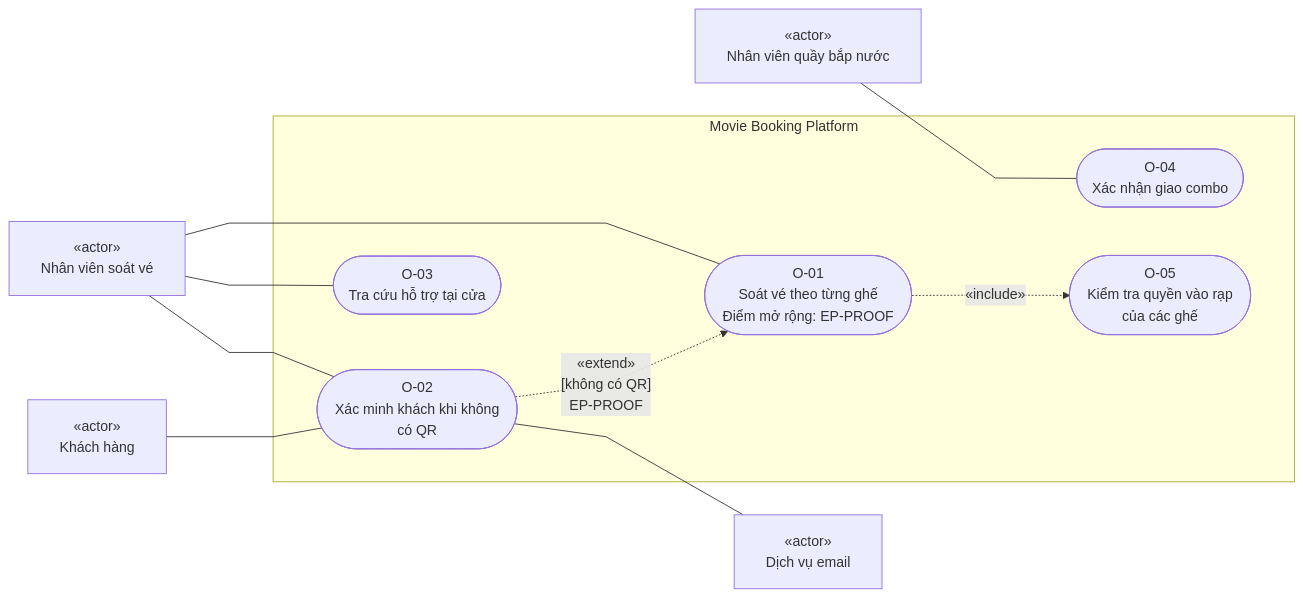
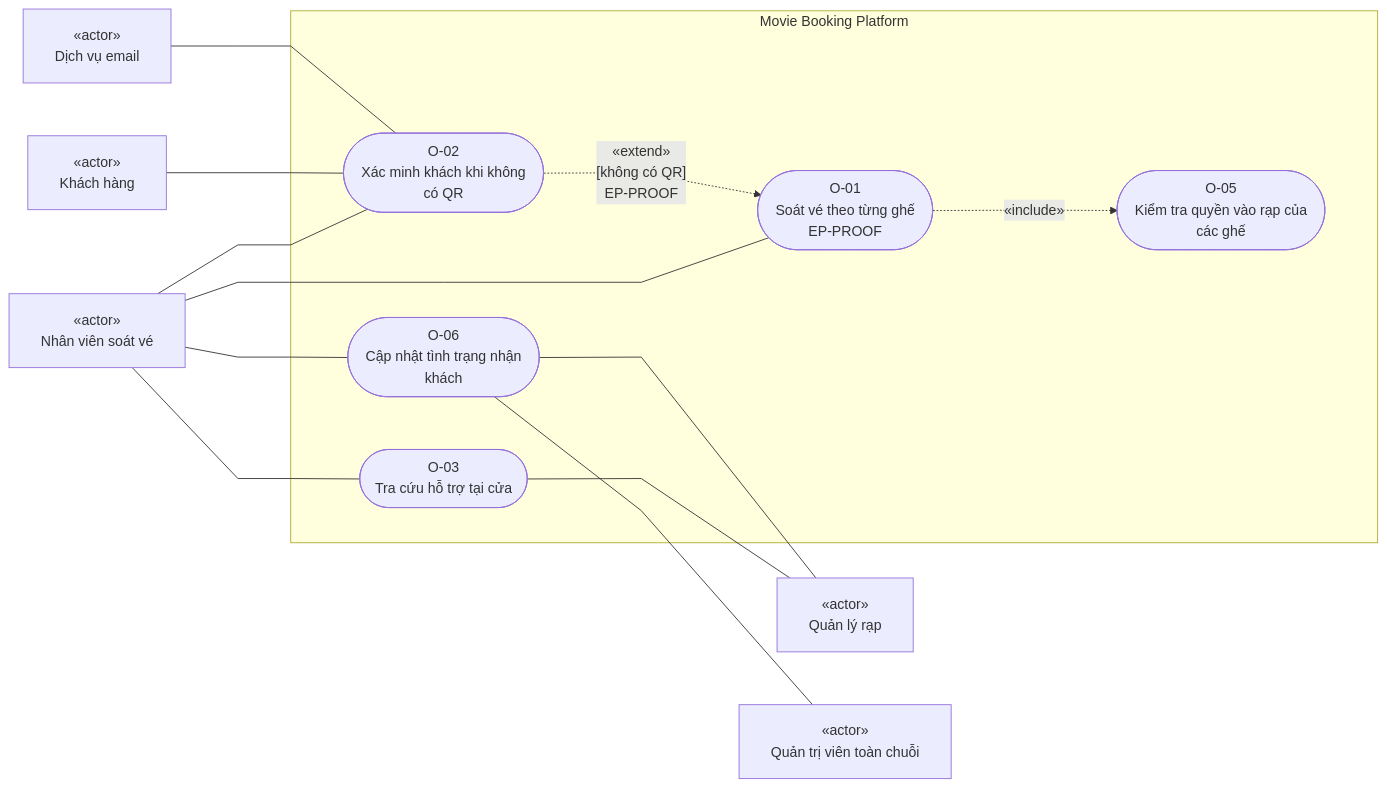
One commit to NhiBuaa/movie-booking-agent changed the fifth of 10 diagrams in docs/03-product/use-cases.md. Above: the diagram before and after it, drawn with Mermaid. The commit also changed other lines of this file and 24 other files, not shown here.

Commit message:
docs: synchronize UML use cases and approved business policies

````diff
--- a/docs/03-product/use-cases.md
+++ b/docs/03-product/use-cases.md
@@ -353,25 +369,28 @@
 ```mermaid
-%%{init: {"flowchart":{"nodeSpacing":55,"rankSpacing":100,"curve":"linear","useMaxWidth":false,"padding":18}}}%%
+%%{init: {"flowchart":{"nodeSpacing":60,"rankSpacing":120,"curve":"linear","useMaxWidth":false,"padding":18}}}%%
 flowchart LR
+    %% Mỗi actor có một ID duy nhất; các khung G chỉ gom bố cục.
+    customer["«actor»<br/>Khách hàng"]
     scanner["«actor»<br/>Nhân viên soát vé"]
-    concession["«actor»<br/>Nhân viên quầy bắp nước"]
-    customer["«actor»<br/>Khách hàng"]
+    manager["«actor»<br/>Quản lý rạp"]
+    admin["«actor»<br/>Quản trị viên toàn chuỗi"]
     mail["«actor»<br/>Dịch vụ email"]
-
     subgraph system["Movie Booking Platform"]
-        O_01(["O-01<br/>Soát vé theo từng ghế<br/>Điểm mở rộng: EP-PROOF"])
+        O_01(["O-01<br/>Soát vé theo từng ghế<br/>EP-PROOF"])
         O_02(["O-02<br/>Xác minh khách khi không<br/>có QR"])
         O_03(["O-03<br/>Tra cứu hỗ trợ tại cửa"])
-        O_04(["O-04<br/>Xác nhận giao combo"])
-        O_05(["O-05<br/>Kiểm tra quyền vào rạp<br/>của các ghế"])
+        O_05(["O-05<br/>Kiểm tra quyền vào rạp của<br/>các ghế"])
+        O_06(["O-06<br/>Cập nhật tình trạng nhận<br/>khách"])
     end
-
     scanner --- O_01
     scanner --- O_02
+    customer --- O_02
+    mail --- O_02
     scanner --- O_03
-    concession --- O_04
-    customer --- O_02
-    O_02 --- mail
+    O_03 --- manager
+    scanner --- O_06
+    O_06 --- manager
+    O_06 --- admin
     O_01 -.->|"«include»"| O_05
     O_02 -.->|"«extend»<br/>[không có QR]<br/>EP-PROOF"| O_01
 ```
````
